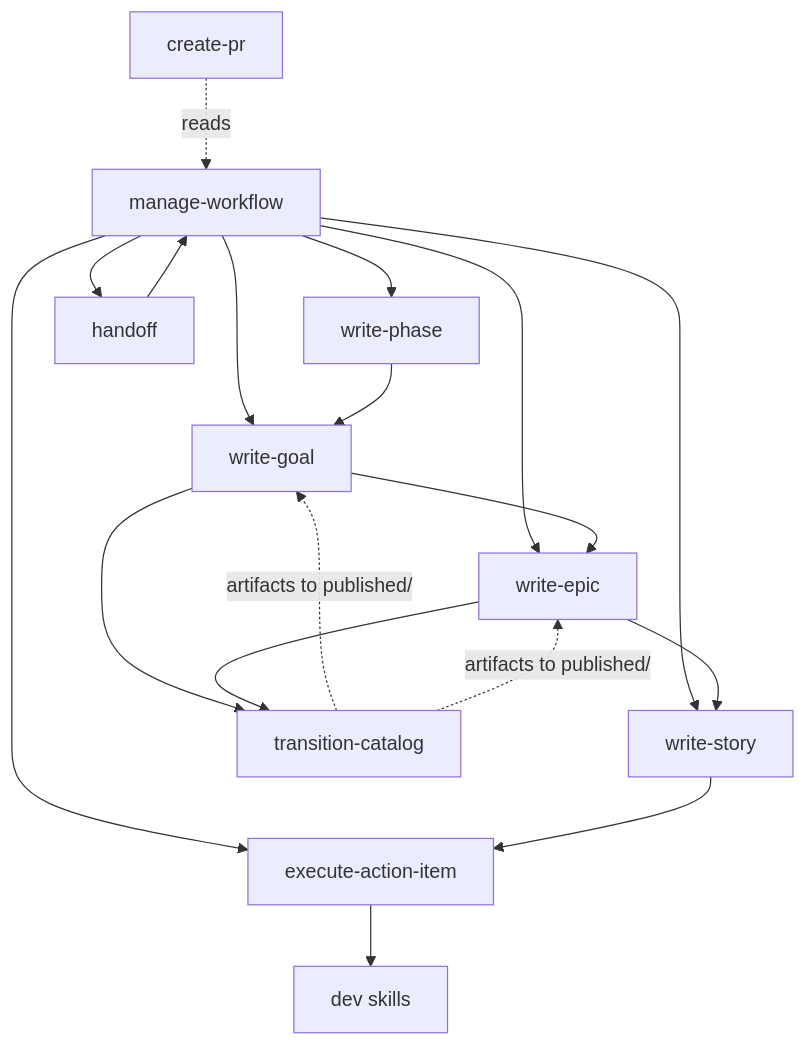
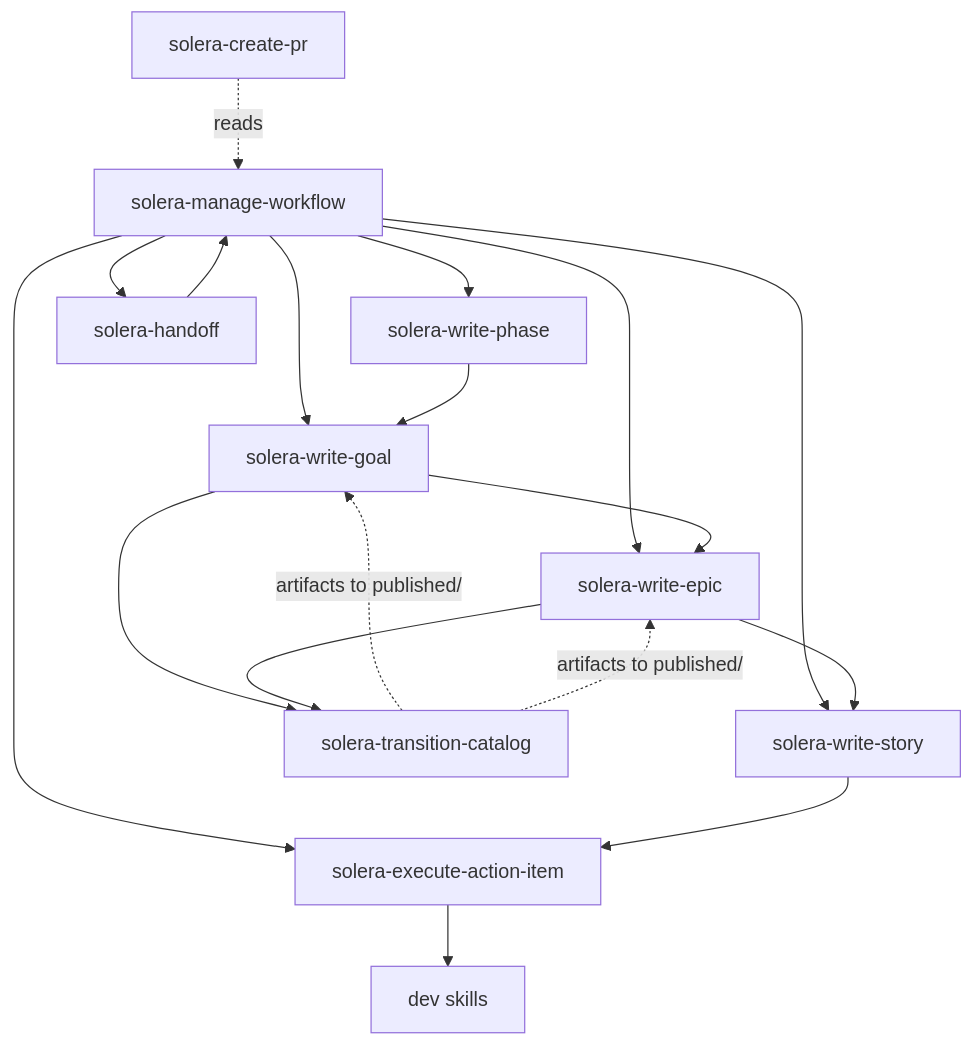
Before and after one commit to noory-code/noory-ai: the first of 2 diagrams in solera/docs/architecture.md, drawn with Mermaid. The commit also changed other lines of this file and 110 other files, not shown here.

````diff
--- a/solera/docs/architecture.md
+++ b/solera/docs/architecture.md
@@ -11,34 +11,34 @@
 ```mermaid
 flowchart TD
-    WM[manage-workflow]
-    WPH[write-phase]
-    WG[write-goal]
-    WE[write-epic]
-    WS[write-story]
-    WAI[execute-action-item]
-    WPR[create-pr]
-    CT[transition-catalog]
-    HO[handoff]
+    WM[solera-manage-workflow]
+    WPH[solera-write-phase]
+    WG[solera-write-goal]
+    WE[solera-write-epic]
+    WS[solera-write-story]
+    WAI[solera-execute-action-item]
+    WPR[solera-create-pr]
+    CT[solera-transition-catalog]
+    HO[solera-handoff]
     DEV[dev skills]
 
     WM --> WPH
     WM --> WG
     WM --> WE
     WM --> WS
     WM --> WAI
 
     WPH --> WG
     WG --> WE
     WG --> CT
     WE --> CT
     WE --> WS
     WS --> WAI
     WAI --> DEV
 
     WM --> HO
     HO --> WM
 
     WPR -.->|reads| WM
     CT -.->|artifacts to published/| WG
     CT -.->|artifacts to published/| WE
 ```
````
